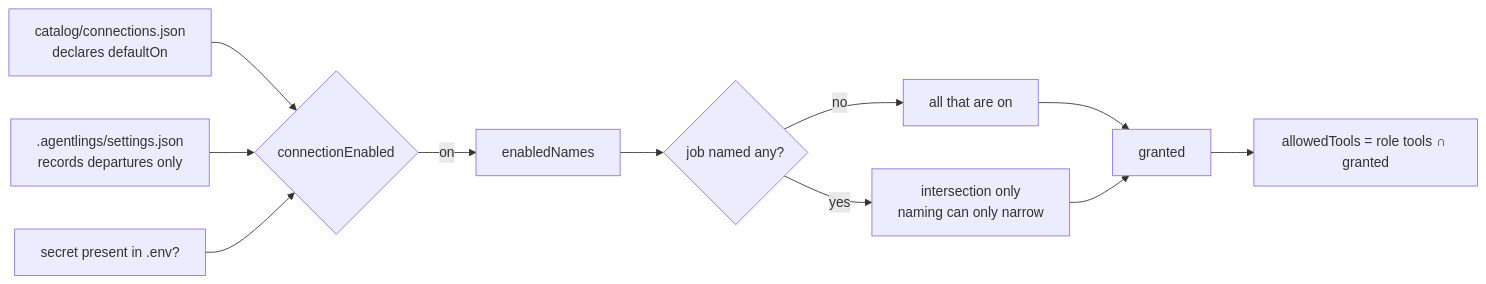
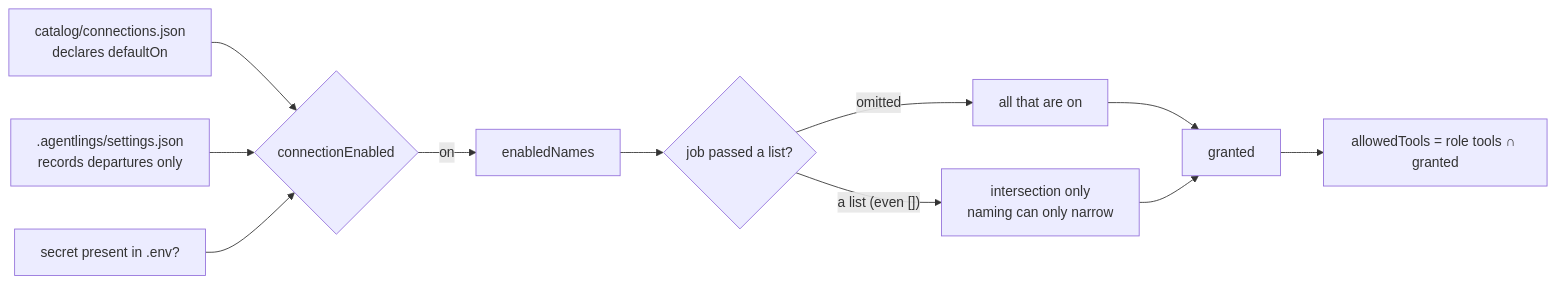
Before and after one commit to briant92/Agentlings: the first of 5 diagrams in AGENTLING.md, drawn with Mermaid. The commit also changed other lines of this file and 4 other files, not shown here.

````diff
--- a/AGENTLING.md
+++ b/AGENTLING.md
@@ -304,13 +304,13 @@
 ```mermaid
 flowchart LR
   A["catalog/connections.json<br/>declares defaultOn"] --> C{connectionEnabled}
   B[".agentlings/settings.json<br/>records departures only"] --> C
   S["secret present in .env?"] --> C
   C -->|on| D["enabledNames"]
-  D --> E{"job named any?"}
-  E -->|no| F["all that are on"]
-  E -->|yes| G["intersection only<br/>naming can only narrow"]
+  D --> E{"job passed a list?"}
+  E -->|omitted| F["all that are on"]
+  E -->|"a list (even [])"| G["intersection only<br/>naming can only narrow"]
   F --> H["granted"]
   G --> H
   H --> I["allowedTools = role tools ∩ granted"]
 ```
````
